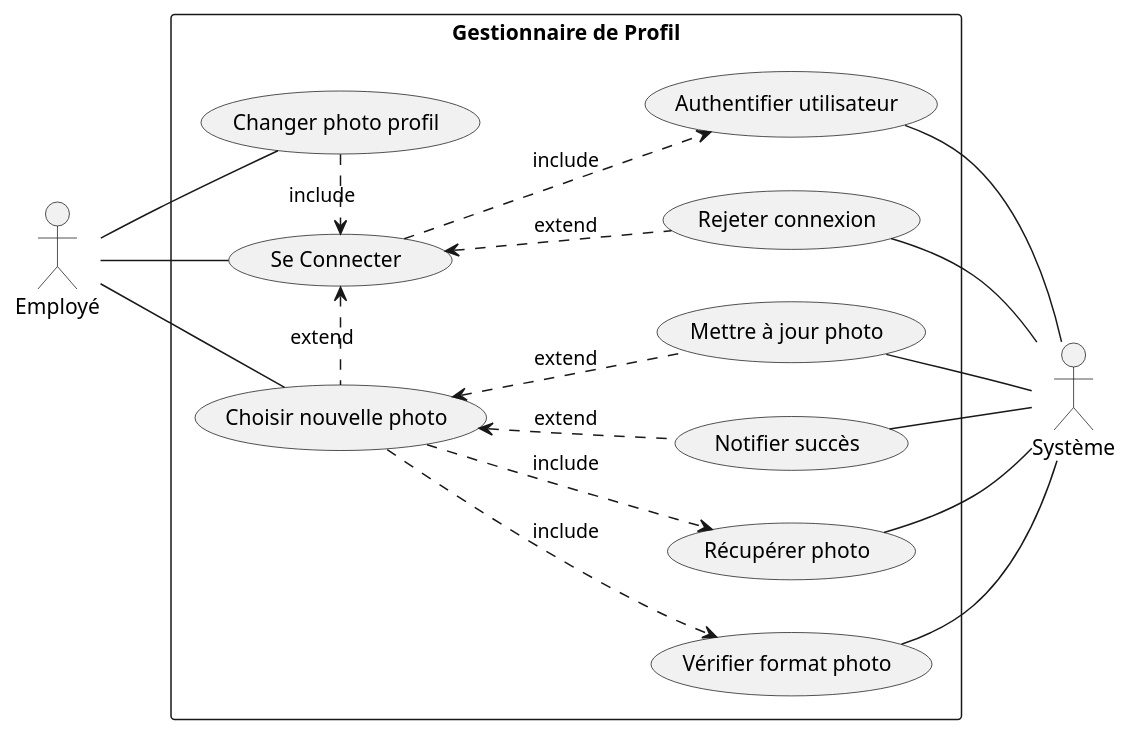
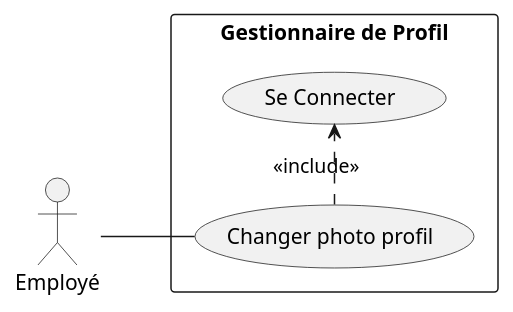
One commit to sebcourtois/cda-exos-uml-diagrams changed the diagram in usecase_diagrams/01_changer_photo.puml. Above: the diagram before and after it, drawn with PlantUML. The commit also changed 1 other file, not shown here.

```diff
--- a/usecase_diagrams/01_changer_photo.puml
+++ b/usecase_diagrams/01_changer_photo.puml
@@ -1,38 +1,15 @@
 @startuml
 left to right direction
 actor "Employé" as dude
-actor "Système" as system
+
 
 rectangle "Gestionnaire de Profil" {
   usecase "Changer photo profil" as changePhoto
   usecase "Se Connecter" as login
-  usecase "Authentifier utilisateur" as checkAuth
-  usecase "Rejeter connexion" as failAuth
-  usecase "Choisir nouvelle photo" as pickPhoto
-  usecase "Récupérer photo" as uploadPhoto
-  usecase "Vérifier format photo" as checkPhotoFormat
-  usecase "Mettre à jour photo" as updatePhoto
-  usecase "Notifier succès" as notifySuccess
 }
 
 dude -- changePhoto
-dude -- login
-dude -- pickPhoto
+changePhoto .> login: <<include>>
 
-checkAuth -- system
-failAuth -- system
-uploadPhoto -- system
-checkPhotoFormat -- system
-updatePhoto -- system
-notifySuccess -- system
-
-changePhoto .> login: include
-login ..> checkAuth: include
-login <.. failAuth: extend
-login <. pickPhoto: extend
-pickPhoto ..> uploadPhoto: include
-pickPhoto <.. updatePhoto: extend
-pickPhoto ..> checkPhotoFormat: include
-pickPhoto <.. notifySuccess: extend
 
 @enduml
```
